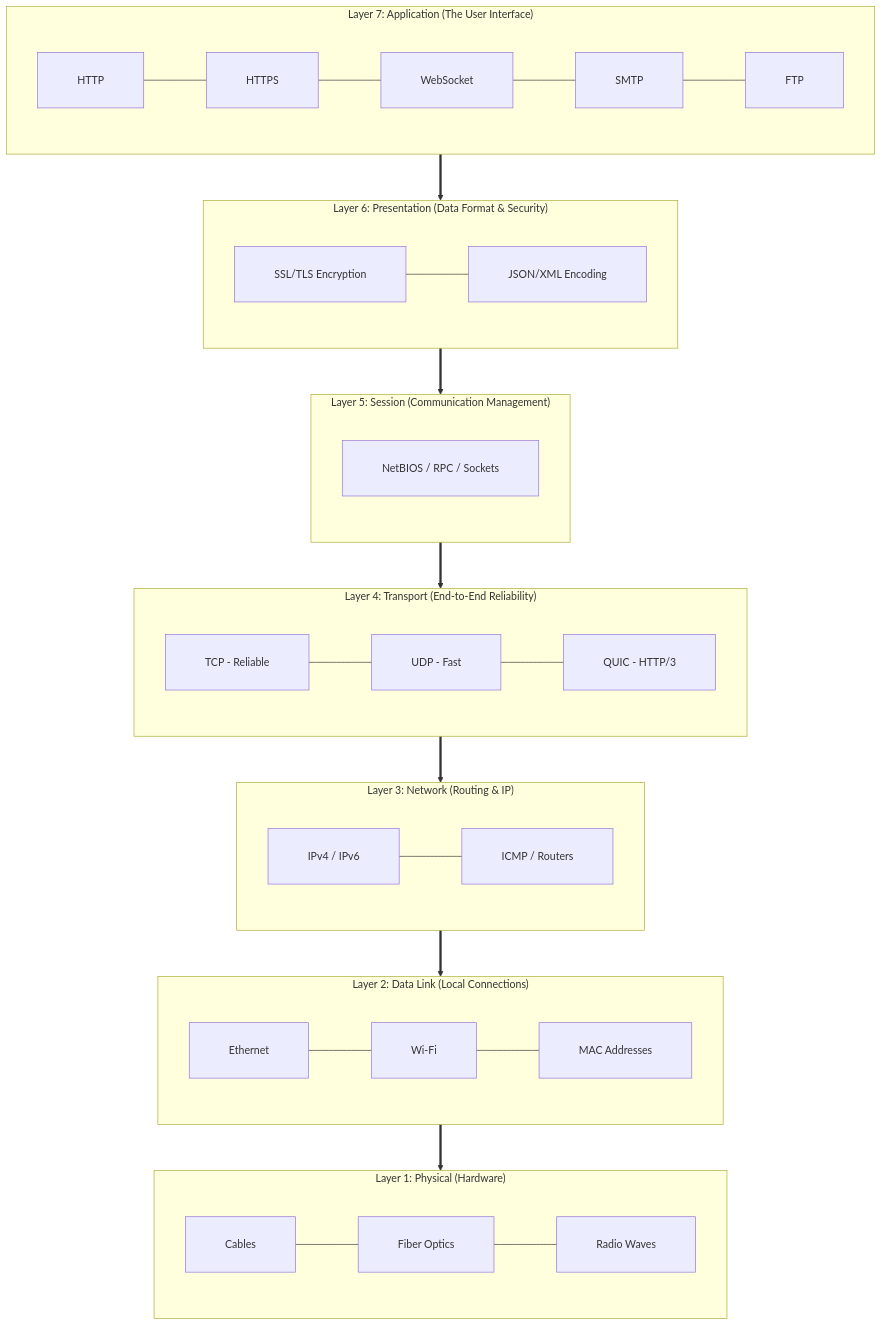
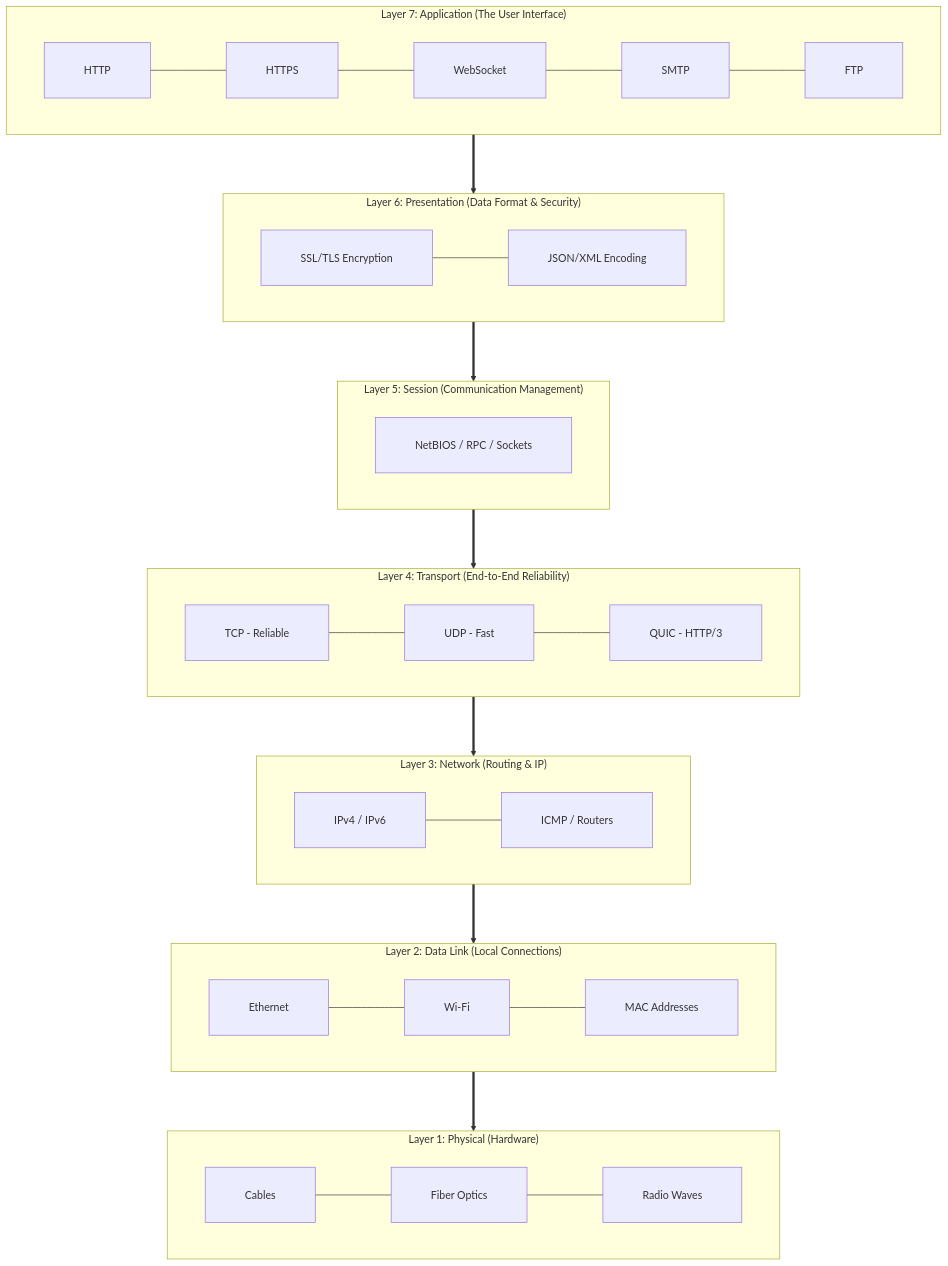
The tenth of 10 diagrams in Web-Design/web-works.md (kumaratul60/design-patterns), drawn with Mermaid before and after one commit.

Commit message:
feat:core-web working updated

````diff
--- a/Web-Design/web-works.md
+++ b/Web-Design/web-works.md
@@ -727,41 +727,41 @@
 ```mermaid
-%%{init: {'flowchart': {'nodeSpacing': 120, 'rankSpacing': 70, 'padding': 30}}}%%
+%%{init: {'flowchart': {'nodeSpacing': 90, 'rankSpacing': 90, 'padding': 30}}}%%
 flowchart TD
     subgraph L7 ["Layer 7: Application (The User Interface)"]
         direction LR
         P1[HTTP] --- P2[HTTPS] --- P3[WebSocket] --- P4[SMTP] --- P5[FTP]
     end
 
     subgraph L6 ["Layer 6: Presentation (Data Format & Security)"]
         direction LR
         S1[SSL/TLS Encryption] --- S2[JSON/XML Encoding]
     end
 
     subgraph L5 ["Layer 5: Session (Communication Management)"]
         direction LR
         SC[NetBIOS / RPC / Sockets]
     end
 
     subgraph L4 ["Layer 4: Transport (End-to-End Reliability)"]
         direction LR
         T1[TCP - Reliable] --- T2[UDP - Fast] --- T3[QUIC - HTTP/3]
     end
 
     subgraph L3 ["Layer 3: Network (Routing & IP)"]
         direction LR
         N1[IPv4 / IPv6] --- N2[ICMP / Routers]
     end
 
     subgraph L2 ["Layer 2: Data Link (Local Connections)"]
         direction LR
         D1[Ethernet] --- D2[Wi-Fi] --- D3[MAC Addresses]
     end
 
     subgraph L1 ["Layer 1: Physical (Hardware)"]
         direction LR
         Ph1[Cables] --- Ph2[Fiber Optics] --- Ph3[Radio Waves]
     end
 
     %% Vertical connections between layers
     L7 ==> L6 ==> L5 ==> L4 ==> L3 ==> L2 ==> L1
 ```
````
